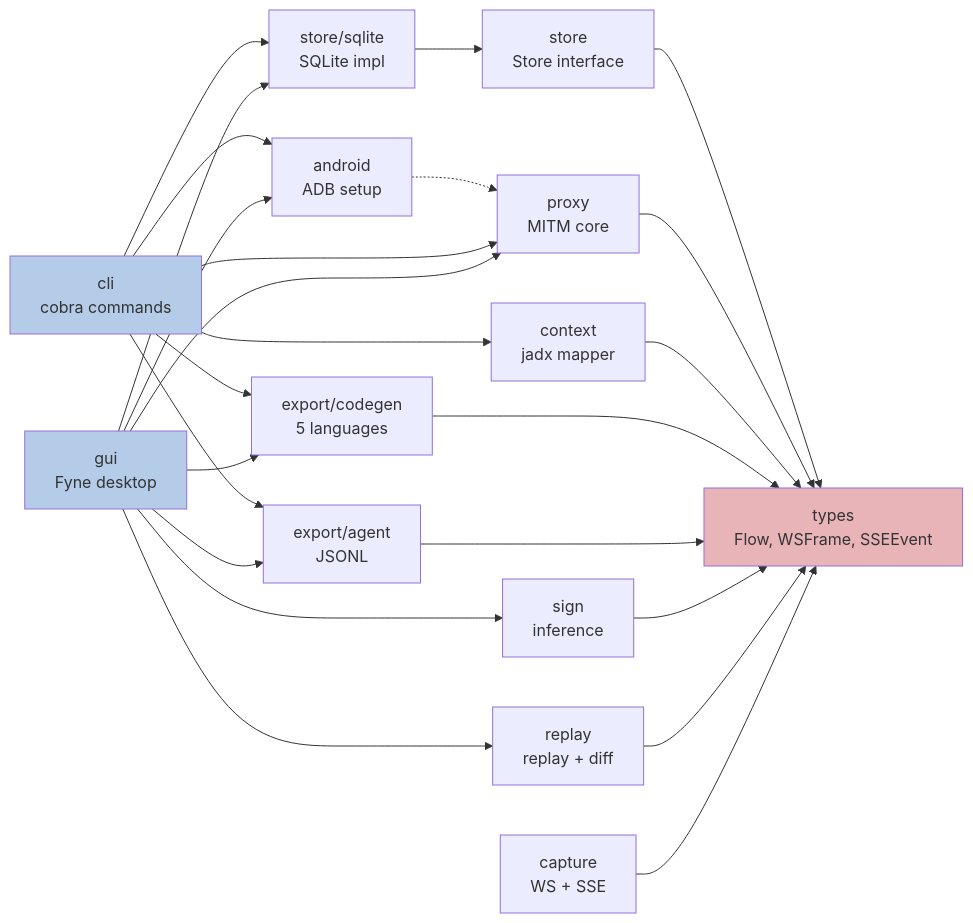
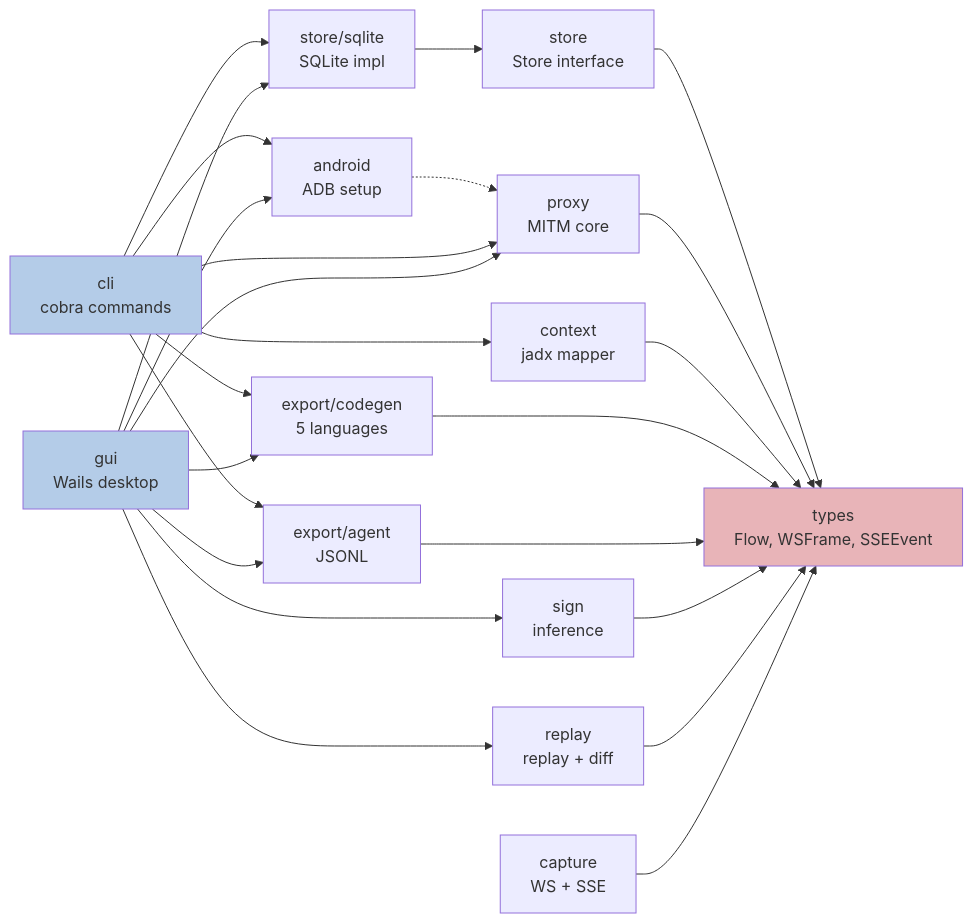
Before and after one commit to overkazaf/cap: the third of 3 diagrams in README.md, drawn with Mermaid. The commit also changed other lines of this file and 32 other files, not shown here.

First line of the commit message:
feat(gui): replace Fyne with Wails + Svelte for modern desktop UI

````diff
--- a/README.md
+++ b/README.md
@@ -132,32 +136,32 @@
 ```mermaid
 flowchart LR
     types["types<br/>Flow, WSFrame, SSEEvent"]
     store["store<br/>Store interface"]
     sqlite["store/sqlite<br/>SQLite impl"]
     proxy["proxy<br/>MITM core"]
     android["android<br/>ADB setup"]
     context["context<br/>jadx mapper"]
     codegen["export/codegen<br/>5 languages"]
     agent["export/agent<br/>JSONL"]
     sign["sign<br/>inference"]
     replay["replay<br/>replay + diff"]
     capture["capture<br/>WS + SSE"]
     cli["cli<br/>cobra commands"]
-    gui["gui<br/>Fyne desktop"]
+    gui["gui<br/>Wails desktop"]
 
     sqlite --> store --> types
     proxy --> types
     android -.-> proxy
     context --> types
     codegen --> types
     agent --> types
     sign --> types
     replay --> types
     capture --> types
     cli --> proxy & sqlite & codegen & agent & android & context
     gui --> proxy & sqlite & codegen & agent & android & sign & replay
 
     style types fill:#e8b4b8
     style cli fill:#b4cce8
     style gui fill:#b4cce8
 ```
````
